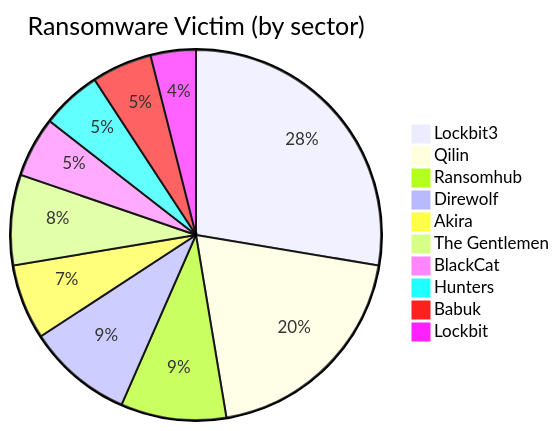
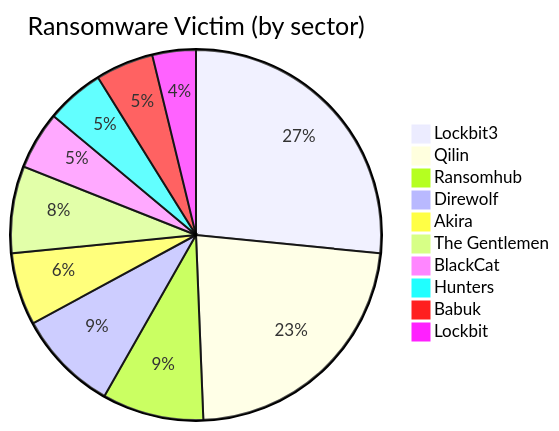
The second of 3 diagrams in content/MY Threat Landscape/ransomware.md (rectifyq/site), drawn with Mermaid before and after one commit. The commit also changed other lines of this file, not shown here.

````diff
--- a/content/MY Threat Landscape/ransomware.md
+++ b/content/MY Threat Landscape/ransomware.md
@@ -136,13 +144,13 @@
 ```mermaid
 pie title Ransomware Victim (by sector)
     "Lockbit3" : 21
-    "Qilin" : 15
+    "Qilin" : 18
     "Ransomhub" : 7
     "Direwolf" : 7
     "Akira" : 5
     "The Gentlemen" : 6
     "BlackCat" : 4
     "Hunters" : 4
     "Babuk" : 4
     "Lockbit" : 3
 ```
````
